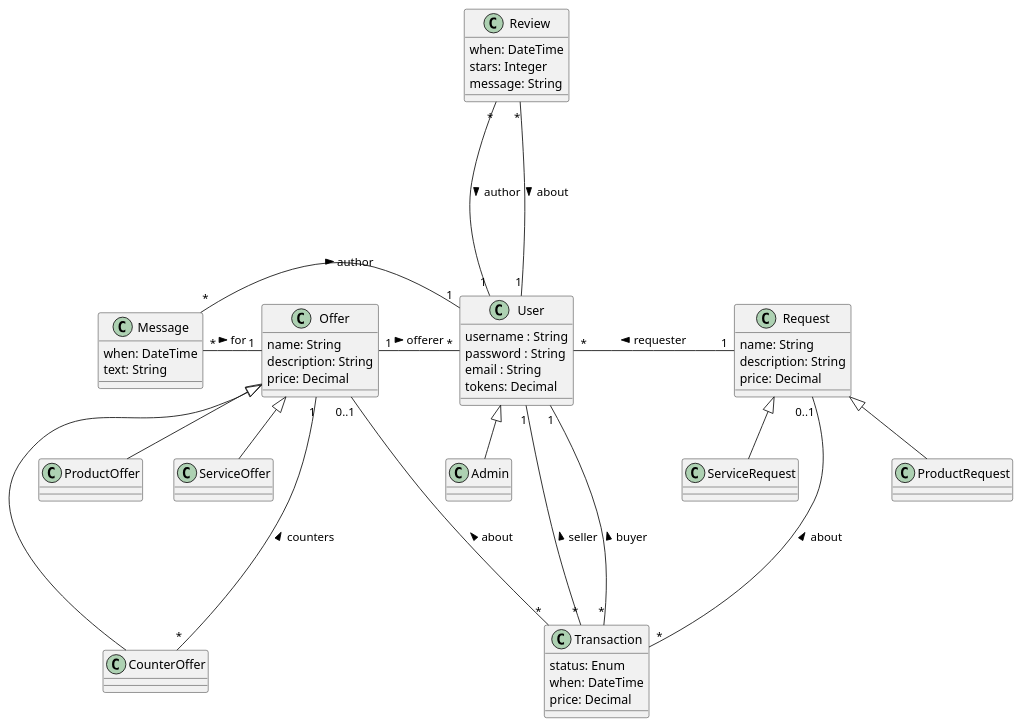
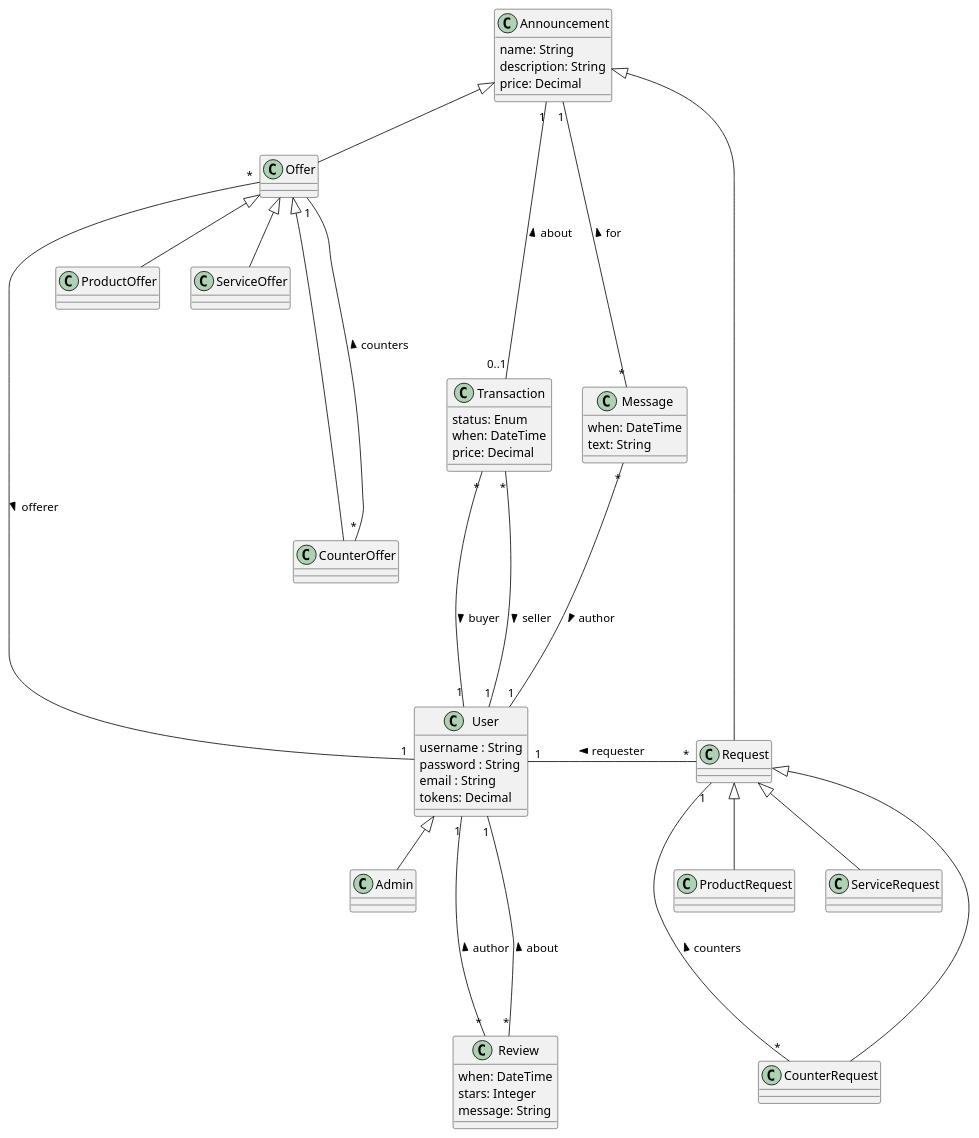
Before and after one commit to UdL-EPS-SoftArch/spring-template: the diagram in EntitiesModel.puml, drawn with PlantUML. The commit also changed 1 other file, not shown here.

Commit message:
Offer and Request extend Announcement

```diff
--- a/EntitiesModel.puml
+++ b/EntitiesModel.puml
@@ -1,61 +1,60 @@
 @startuml
+
+class Announcement {
+    name: String
+    description: String
+    price: Decimal
+}
+
+class Transaction {
+    status: Enum
+    when: DateTime
+    price: Decimal
+}
+Transaction "0..1" --up-- "1" Announcement : about >
+Transaction "*" --down-- "1" User : seller >
+Transaction "*" --down-- "1" User : buyer >
+class Admin extends User {}
+
+class Message {
+  when: DateTime
+  text: String
+}
+Message "*" --up-- "1" Announcement : for >
+Message "*" --down-- "1" User : author >
 
 class User {
   username : String
   password : String
   email : String
   tokens: Decimal
 }
-User "1" --left-- "*" Message : author <
-User "1" --down-- "*" Transaction : seller <
-User "1" --down-- "*" Transaction : buyer <
 
-class Offer {
-    name: String
-    description: String
-    price: Decimal
-}
-Offer "0..1" --right-- "*" Transaction : about <
-Offer "1" --right-- "*" User : offerer >
+class Offer extends Announcement
+Offer "*" --right-- "1" User : offerer >
 
 class CounterOffer extends Offer
-CounterOffer "*" ---- "1" Offer : counters >
+CounterOffer "*" --up-- "1" Offer : counters >
 
 class ProductOffer extends Offer {}
 class ServiceOffer extends Offer {}
 
-class Request {
-    name: String
-    description: String
-    price: Decimal
-}
-Request "0..1" --down-- "*" Transaction : about <
-Request "1" --left-- "*" User : requester >
+class Request extends Announcement
+Request "*" --left-- "1" User : requester >
 
 class ProductRequest extends Request {}
 class ServiceRequest extends Request {}
 
-class Transaction {
-    status: Enum
-    when: DateTime
-    price: Decimal
-}
-
-class Admin extends User {}
-
-class Message {
-  when: DateTime
-  text: String
-}
-Message "*" --right-- "1" Offer : for >
+class CounterRequest extends Request
+CounterRequest "*" --up-- "1" Request : counters >
 
 class Review {
     when: DateTime
     stars: Integer
     message: String
 }
-Review "*" --down-- "1" User : author >
-Review "*" --down-- "1" User : about >
+Review "*" --up-- "1" User : author >
+Review "*" --up-- "1" User : about >
 
 
 @enduml
```
